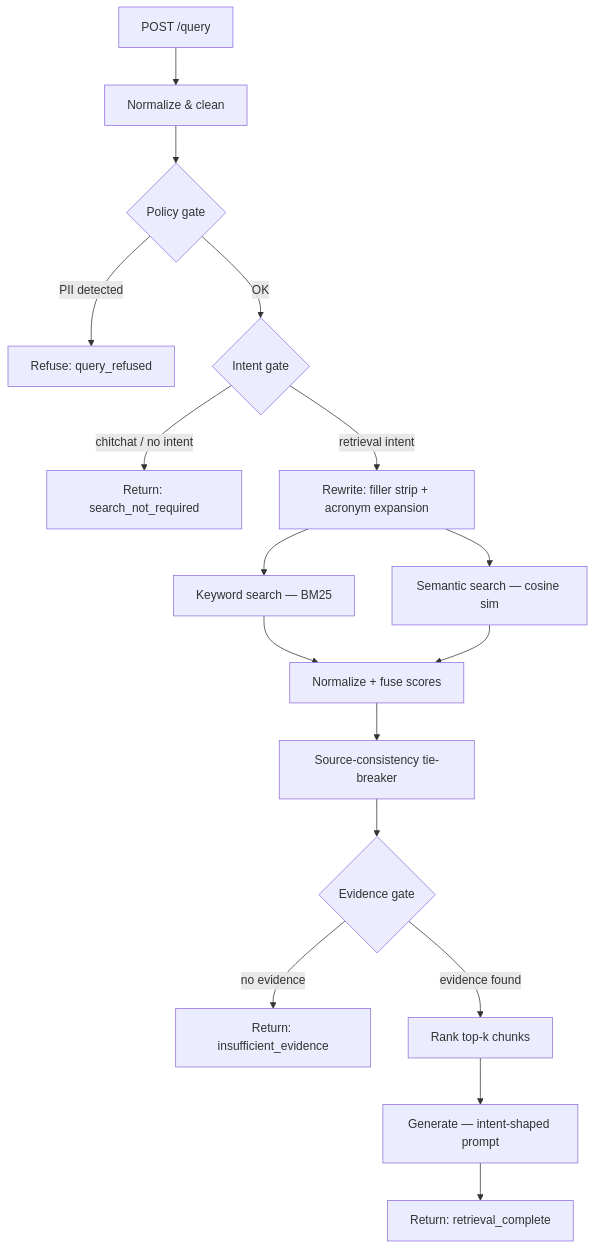
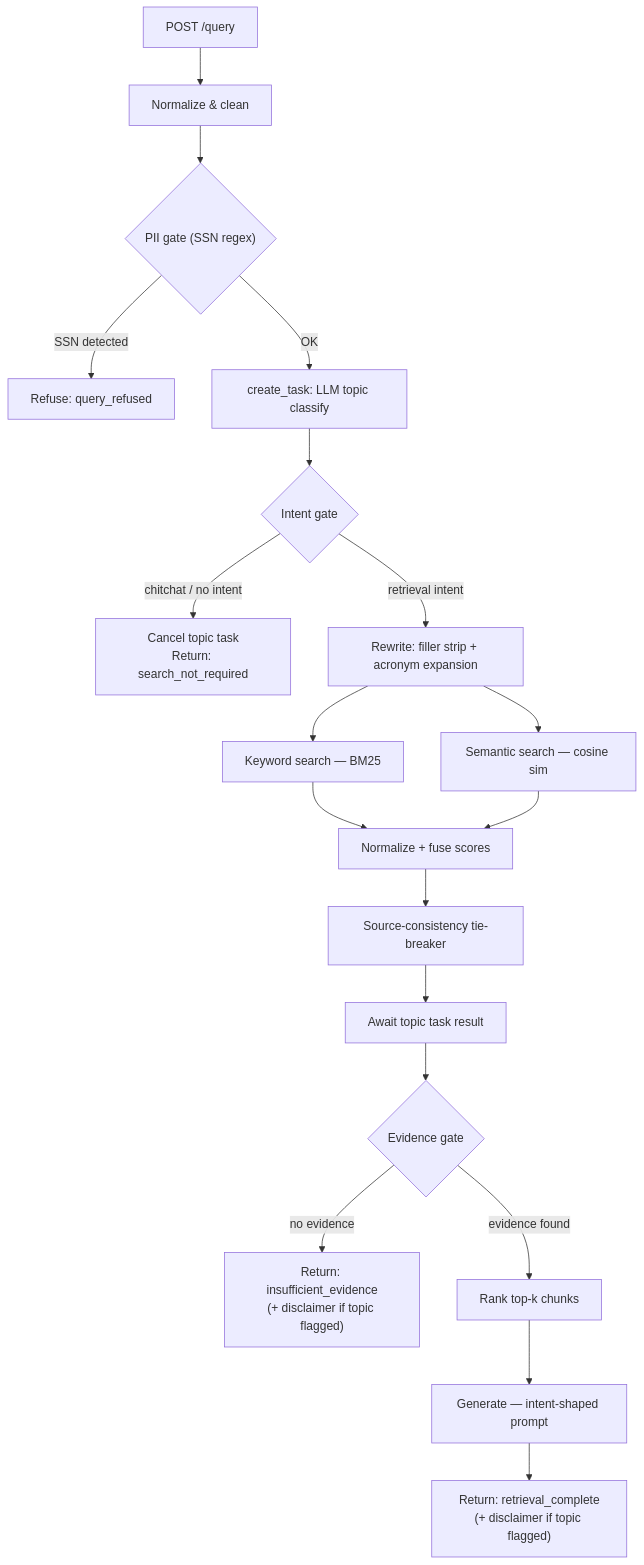
Before and after one commit to bmann51/rag-pipeline: the diagram in README.md, drawn with Mermaid. The commit also changed other lines of this file and 3 other files, not shown here.

Commit message:
Move legal/medical detection to async LLM classifier, narrow PII gate to SSN

````diff
--- a/README.md
+++ b/README.md
@@ -11,19 +11,21 @@
 ```mermaid
 flowchart TD
     A["POST /query"] --> B["Normalize & clean"]
-    B --> C{"Policy gate"}
-    C -- "PII detected" --> D["Refuse: query_refused"]
-    C -- "OK" --> E{"Intent gate"}
-    E -- "chitchat / no intent" --> F["Return: search_not_required"]
-    E -- "retrieval intent" --> G["Rewrite: filler strip + acronym expansion"]
-    G --> H["Keyword search — BM25"]
-    G --> I["Semantic search — cosine sim"]
-    H --> J["Normalize + fuse scores"]
-    I --> J
-    J --> K["Source-consistency tie-breaker"]
-    K --> L{"Evidence gate"}
-    L -- "no evidence" --> M["Return: insufficient_evidence"]
-    L -- "evidence found" --> N["Rank top-k chunks"]
-    N --> O["Generate — intent-shaped prompt"]
-    O --> P["Return: retrieval_complete"]
+    B --> C{"PII gate (SSN regex)"}
+    C -- "SSN detected" --> D["Refuse: query_refused"]
+    C -- "OK" --> E["create_task: LLM topic classify"]
+    E --> F{"Intent gate"}
+    F -- "chitchat / no intent" --> G["Cancel topic task\nReturn: search_not_required"]
+    F -- "retrieval intent" --> H["Rewrite: filler strip + acronym expansion"]
+    H --> I["Keyword search — BM25"]
+    H --> J["Semantic search — cosine sim"]
+    I --> K["Normalize + fuse scores"]
+    J --> K
+    K --> L["Source-consistency tie-breaker"]
+    L --> M["Await topic task result"]
+    M --> N{"Evidence gate"}
+    N -- "no evidence" --> O["Return: insufficient_evidence\n(+ disclaimer if topic flagged)"]
+    N -- "evidence found" --> P["Rank top-k chunks"]
+    P --> Q["Generate — intent-shaped prompt"]
+    Q --> R["Return: retrieval_complete\n(+ disclaimer if topic flagged)"]
 ```
````
